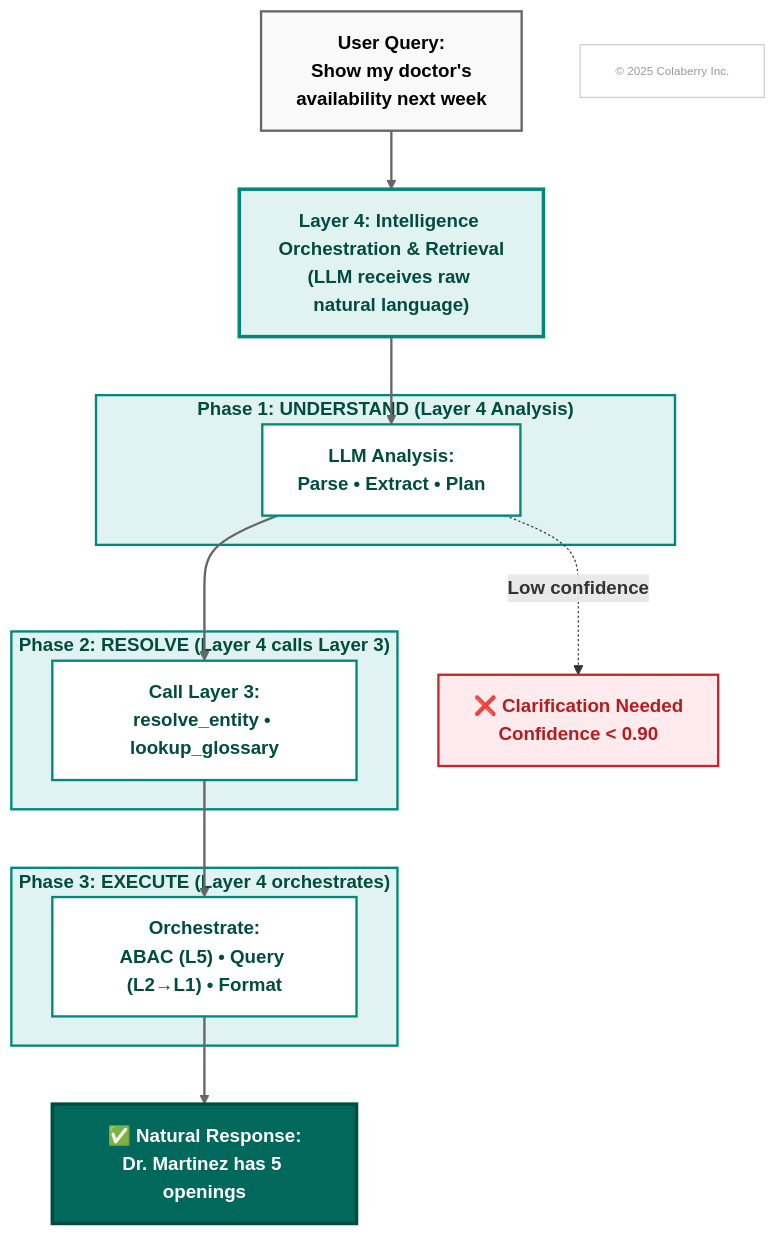
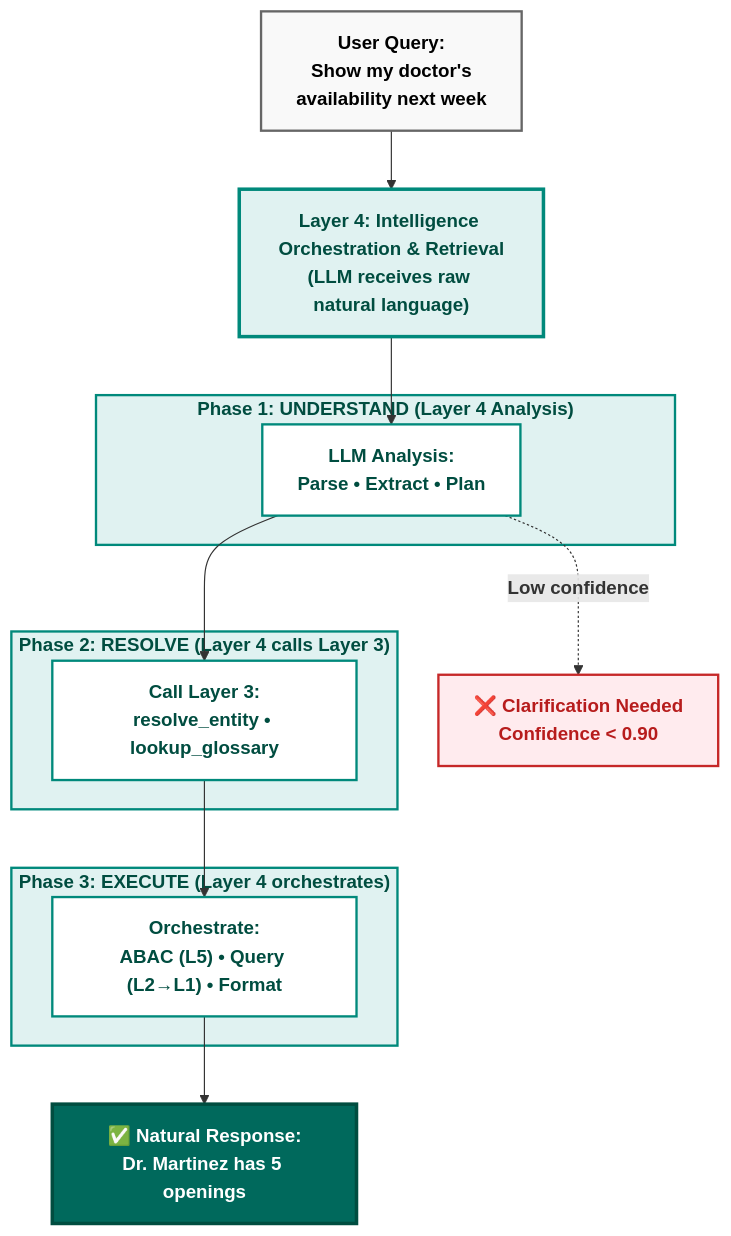
Before and after one commit to colaberry/enterprise-data-readiness-ai-agents: the sixth of 11 diagrams in chapter-02/chapter_2_complete.md, drawn with Mermaid. The commit also changed other lines of this file, not shown here.

First line of the commit message:
link styles removed

````diff
--- a/chapter-02/chapter_2_complete.md
+++ b/chapter-02/chapter_2_complete.md
@@ -961,49 +903,40 @@
 ```mermaid
 graph TB
     NL["<b>User Query:</b><br/><b>Show my doctor's</b><br/><b>availability next week</b>"]
     
     NL --> L4["<b>Layer 4: Intelligence Orchestration & Retrieval</b><br/><b>(LLM receives raw natural language)</b>"]
     
     subgraph PHASE1["<b>Phase 1: UNDERSTAND (Layer 4 Analysis)</b>"]
         P1["<b>LLM Analysis:</b><br/><b>Parse • Extract • Plan</b>"]
     end
     
     subgraph PHASE2["<b>Phase 2: RESOLVE (Layer 4 calls Layer 3)</b>"]
         P2["<b>Call Layer 3:</b><br/><b>resolve_entity • lookup_glossary</b>"]
     end
     
     subgraph PHASE3["<b>Phase 3: EXECUTE (Layer 4 orchestrates)</b>"]
         P3["<b>Orchestrate:</b><br/><b>ABAC (L5) • Query (L2→L1) • Format</b>"]
     end
     
     CLARIFY["<b>❌ Clarification Needed</b><br/><b>Confidence < 0.90</b>"]
     
     RESULT["<b>✅ Natural Response:</b><br/><b>Dr. Martinez has 5 openings</b>"]
     
     L4 --> P1
     P1 --> P2
     P2 --> P3
     P3 --> RESULT
     
     P1 -.->|<b>Low confidence</b>| CLARIFY
     
     style L4 fill:#e0f2f1,stroke:#00897b,stroke-width:3px,color:#004d40
     style PHASE1 fill:#e0f2f1,stroke:#00897b,stroke-width:2px,color:#004d40
     style PHASE2 fill:#e0f2f1,stroke:#00897b,stroke-width:2px,color:#004d40
     style PHASE3 fill:#e0f2f1,stroke:#00897b,stroke-width:2px,color:#004d40
     style P1 fill:#ffffff,stroke:#00897b,stroke-width:2px,color:#004d40
     style P2 fill:#ffffff,stroke:#00897b,stroke-width:2px,color:#004d40
     style P3 fill:#ffffff,stroke:#00897b,stroke-width:2px,color:#004d40
     style RESULT fill:#00695c,color:#ffffff,stroke:#004d40,stroke-width:3px
     style CLARIFY fill:#ffebee,stroke:#c62828,stroke-width:2px,color:#b71c1c
     style NL fill:#f9f9f9,stroke:#666666,stroke-width:2px,color:#000000
-    
-    COPYRIGHT["© 2025 Colaberry Inc."]
-    style COPYRIGHT fill:#ffffff,stroke:#cccccc,stroke-width:1px,color:#999999,font-size:10px
-
-    linkStyle 0 stroke:#666666,stroke-width:2px
-    linkStyle 1 stroke:#666666,stroke-width:2px
-    linkStyle 2 stroke:#666666,stroke-width:2px
-    linkStyle 3 stroke:#666666,stroke-width:2px
-    linkStyle 4 stroke:#666666,stroke-width:2px
 ```
````
